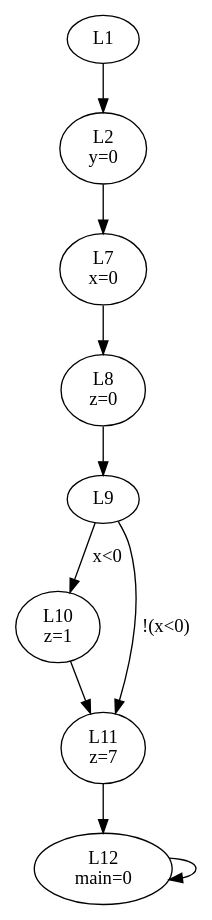
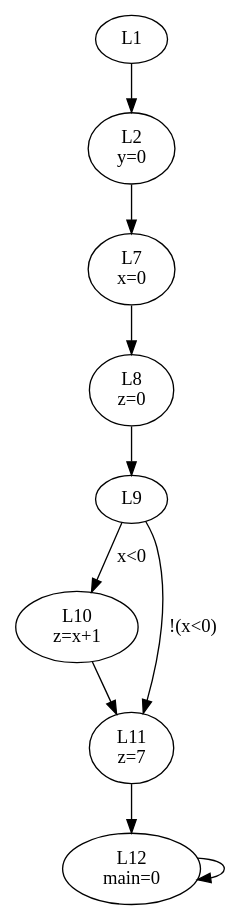
One commit to Zzephaniahh/SoLVe changed the diagram in test_file.gv. Above: the diagram before and after it, drawn with Graphviz. The commit also changed 5 other files, not shown here.

```diff
--- a/test_file.gv
+++ b/test_file.gv
@@ -1,34 +1,34 @@
 // test_file
 digraph {
 	L1 -> L2 [label=""]
 	L1 [label=L1
 ]
 	L2 -> L7 [label=""]
 	L2 [label="L2
 y=0
 "]
 	L7 -> L8 [label=""]
 	L7 [label="L7
 x=0
 "]
 	L8 -> L9 [label=""]
 	L8 [label="L8
 z=0
 "]
 	L9 -> L10 [label="x<0"]
 	L9 -> L11 [label="!(x<0)"]
 	L9 [label=L9
 ]
 	L10 -> L11 [label=""]
 	L10 [label="L10
-z=1
+z=x+1
 "]
 	L11 -> L12 [label=""]
 	L11 [label="L11
 z=7
 "]
 	L12 -> L12 [label=""]
 	L12 [label="L12
 main=0
 "]
 }
```
